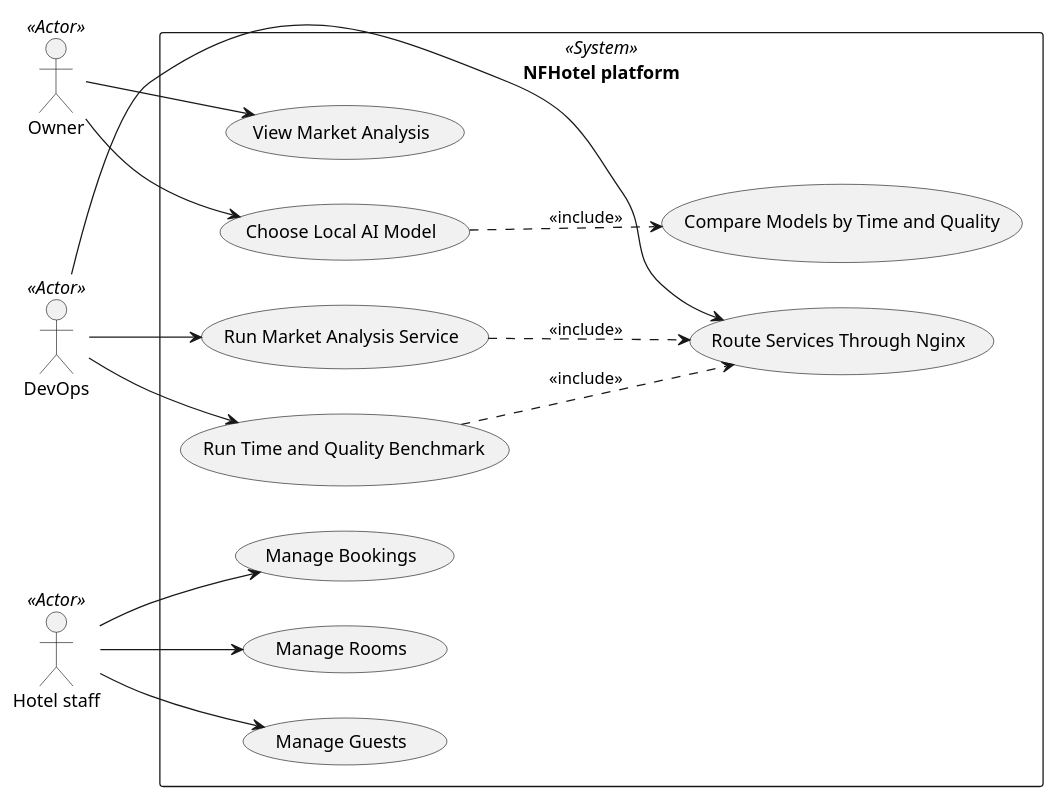
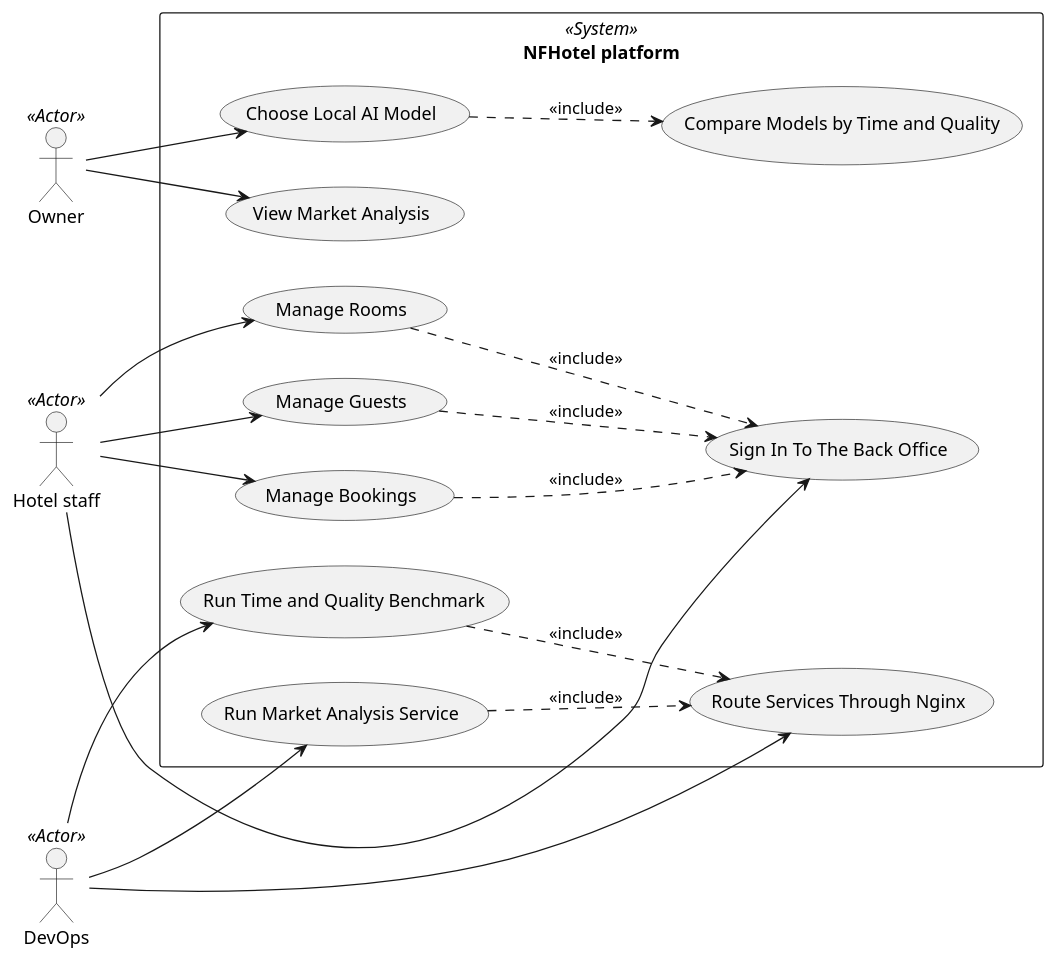
Before and after one commit to NF-Hotel/NFHotel: the diagram in docs/use-case-diagram.md, drawn with PlantUML. The commit also changed other lines of this file and 16 other files, not shown here.

````diff
--- a/docs/use-case-diagram.md
+++ b/docs/use-case-diagram.md
@@ -31,30 +32,35 @@
 ```plantuml
 @startuml
 left to right direction
 actor "Owner" as Owner <<Actor>>
 actor "DevOps" as DevOps <<Actor>>
 actor "Hotel staff" as Staff <<Actor>>
 rectangle "NFHotel platform" <<System>> {
   usecase "View Market Analysis" as UC1
   usecase "Choose Local AI Model" as UC2
   usecase "Route Services Through Nginx" as UC3
   usecase "Run Time and Quality Benchmark" as UC4
   usecase "Run Market Analysis Service" as UC5
   usecase "Compare Models by Time and Quality" as UC6
   usecase "Manage Bookings" as UC7
   usecase "Manage Rooms" as UC8
   usecase "Manage Guests" as UC9
+  usecase "Sign In To The Back Office" as UC10
 }
 Owner --> UC1
 Owner --> UC2
 DevOps --> UC3
 DevOps --> UC4
 DevOps --> UC5
 Staff --> UC7
 Staff --> UC8
 Staff --> UC9
+Staff --> UC10
+UC7 ..> UC10 : <<include>>
+UC8 ..> UC10 : <<include>>
+UC9 ..> UC10 : <<include>>
 UC2 ..> UC6 : <<include>>
 UC4 ..> UC3 : <<include>>
 UC5 ..> UC3 : <<include>>
 @enduml
 ```
````
